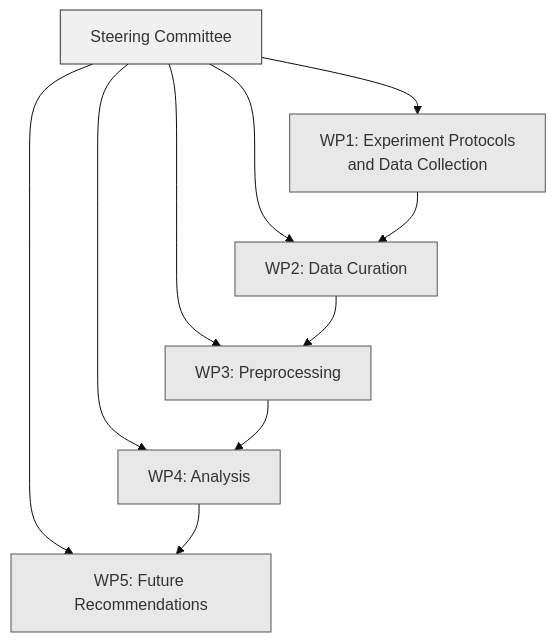
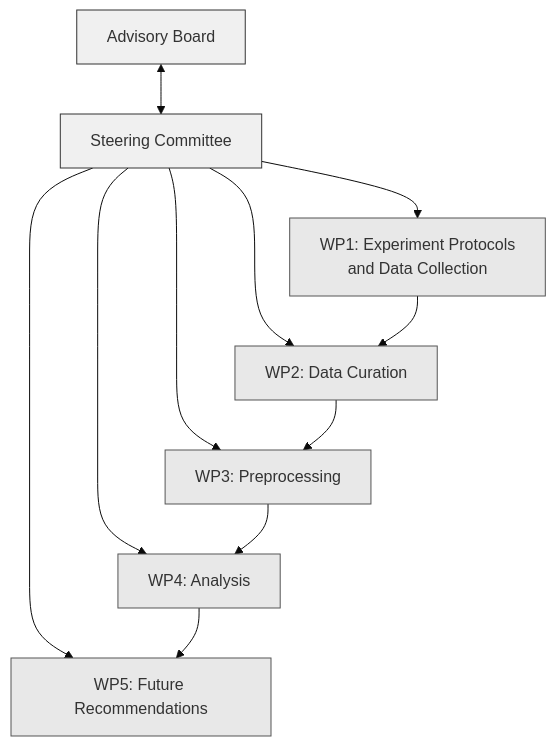
One commit to JuliusWelzel/eegmanysteps changed the diagram in index.qmd. Above: the diagram before and after it, drawn with Mermaid (base theme). The commit also changed other lines of this file and 1 other file, not shown here.

Commit message:
update project structure

````diff
--- a/index.qmd
+++ b/index.qmd
@@ -78,28 +78,31 @@
 ```{mermaid}
 graph TD
     style A fill:#F0F0F0,stroke:#333,stroke-width:1px,corner-radius:5px
+    style S fill:#F0F0F0,stroke:#333,stroke-width:1px,corner-radius:5px
     style B1 fill:#E8E8E8,stroke:#555,stroke-width:1px,corner-radius:5px
     style B2 fill:#E8E8E8,stroke:#555,stroke-width:1px,corner-radius:5px
     style B3 fill:#E8E8E8,stroke:#555,stroke-width:1px,corner-radius:5px
     style B4 fill:#E8E8E8,stroke:#555,stroke-width:1px,corner-radius:5px
     style B5 fill:#E8E8E8,stroke:#555,stroke-width:1px,corner-radius:5px
 
-    A[Steering Committee]
+    A[ Advisory Board]
+    S[Steering Committee]
     B1[WP1: Experiment Protocols<br>and Data Collection]
     B2[WP2: Data Curation]
     B3[WP3: Preprocessing]
     B4[WP4: Analysis]
     B5[WP5: Future Recommendations]
 
-    A --> B1
-    A --> B2
-    A --> B3
-    A --> B4
-    A --> B5
+    A <--> S
+    S --> B1
+    S --> B2
+    S --> B3
+    S --> B4
+    S --> B5
     B1 --> B2
     B2 --> B3
     B3 --> B4
     B4 --> B5
     
 
 ```
````
